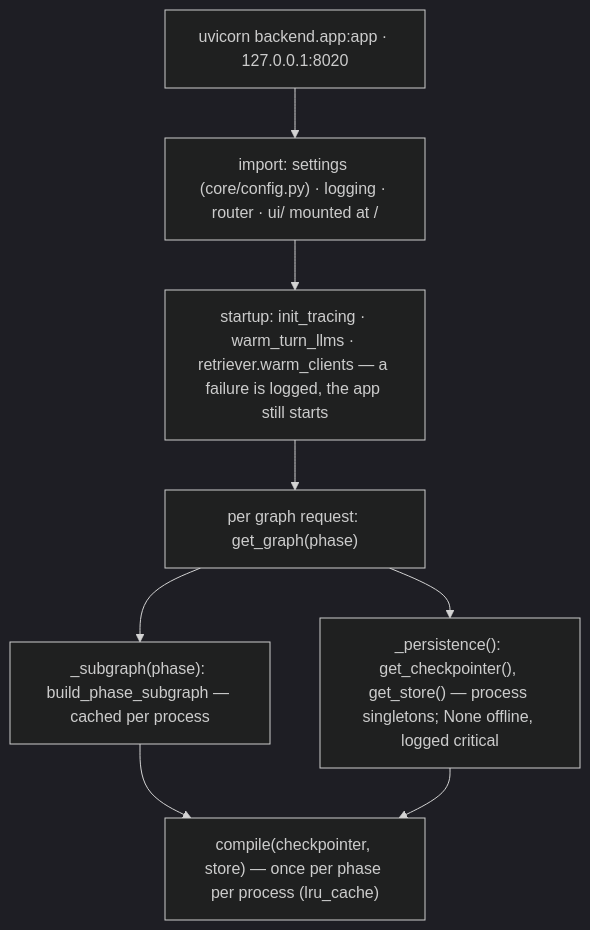
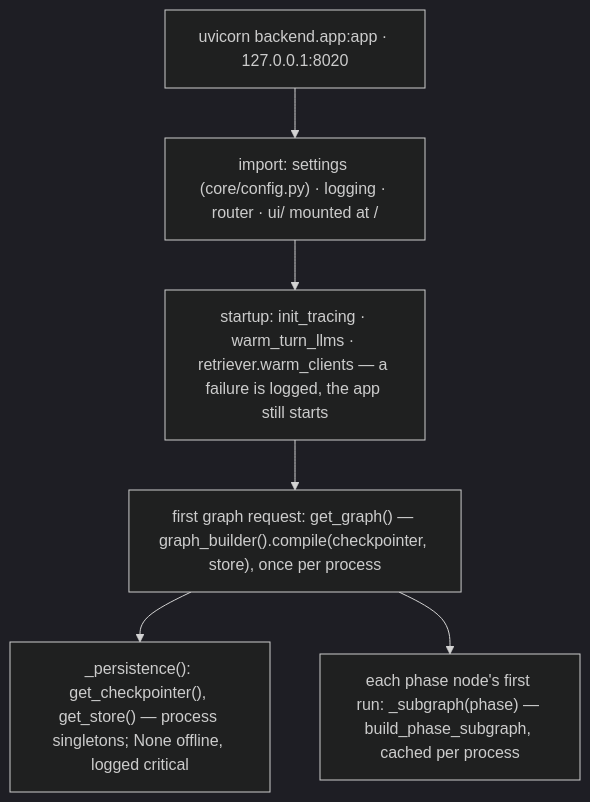
Before and after one commit to vpangalis/agentlean: the seventh of 9 diagrams in agent-improve/ARCHITECTURE.md, drawn with Mermaid (dark theme). The commit also changed other lines of this file and 16 other files, not shown here.

````diff
--- a/agent-improve/ARCHITECTURE.md
+++ b/agent-improve/ARCHITECTURE.md
@@ -271,10 +267,8 @@
 ```mermaid
 flowchart TB
   u["uvicorn backend.app:app · 127.0.0.1:8020"] --> i["import: settings (core/config.py) · logging · router · ui/ mounted at /"]
   i --> st["startup: init_tracing · warm_turn_llms · retriever.warm_clients — a failure is logged, the app still starts"]
-  st --> g["per graph request: get_graph(phase)"]
-  g --> sg["_subgraph(phase): build_phase_subgraph — cached per process"]
+  st --> g["first graph request: get_graph() — graph_builder().compile(checkpointer, store), once per process"]
   g --> pe["_persistence(): get_checkpointer(), get_store() — process singletons; None offline, logged critical"]
-  sg --> c["compile(checkpointer, store) — once per phase per process (lru_cache)"]
-  pe --> c
+  g --> sg["each phase node's first run: _subgraph(phase) — build_phase_subgraph, cached per process"]
 ```
````
